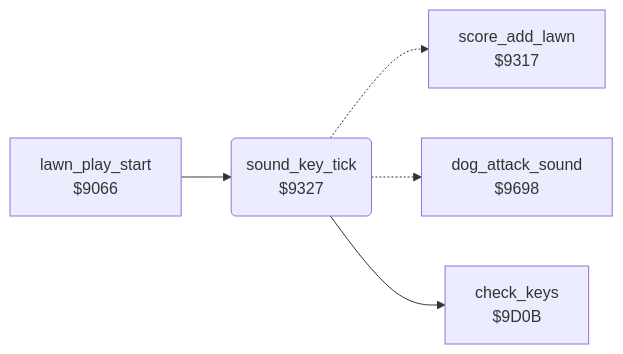
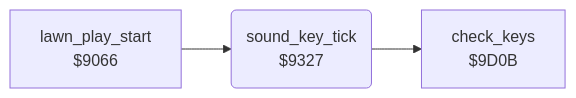
One commit to henols/c64_games changed the diagram in hover_bovver/docs/reference/modules/sound/sound_tick.md. Above: the diagram before and after it, drawn with Mermaid. The commit also changed other lines of this file and 1100 other files, not shown here.

````diff
--- a/hover_bovver/docs/reference/modules/sound/sound_tick.md
+++ b/hover_bovver/docs/reference/modules/sound/sound_tick.md
@@ -10,12 +16,8 @@
 ```mermaid
 flowchart LR
   n9066["lawn_play_start<br/>$9066"]
-  n9317["score_add_lawn<br/>$9317"]
   n9327("sound_key_tick<br/>$9327")
-  n9698["dog_attack_sound<br/>$9698"]
   n9d0b["check_keys<br/>$9D0B"]
   n9066 --> n9327
-  n9327 -.-> n9317
-  n9327 -.-> n9698
   n9327 --> n9d0b
 ```
````
